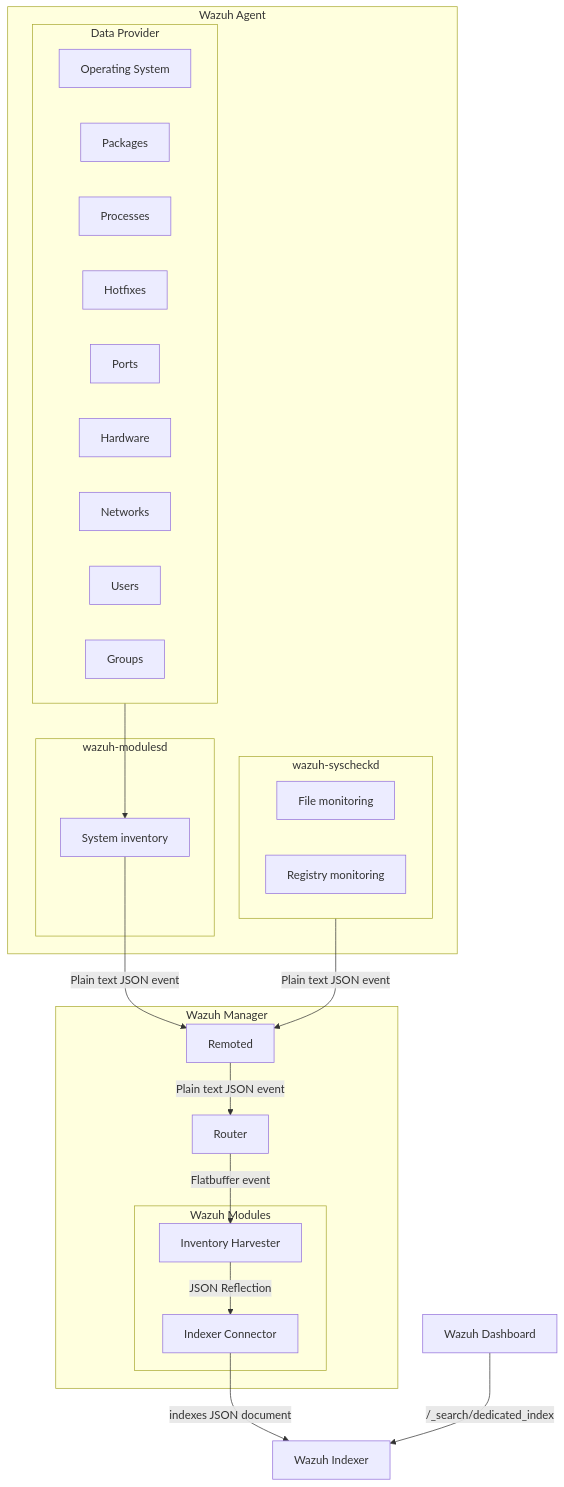
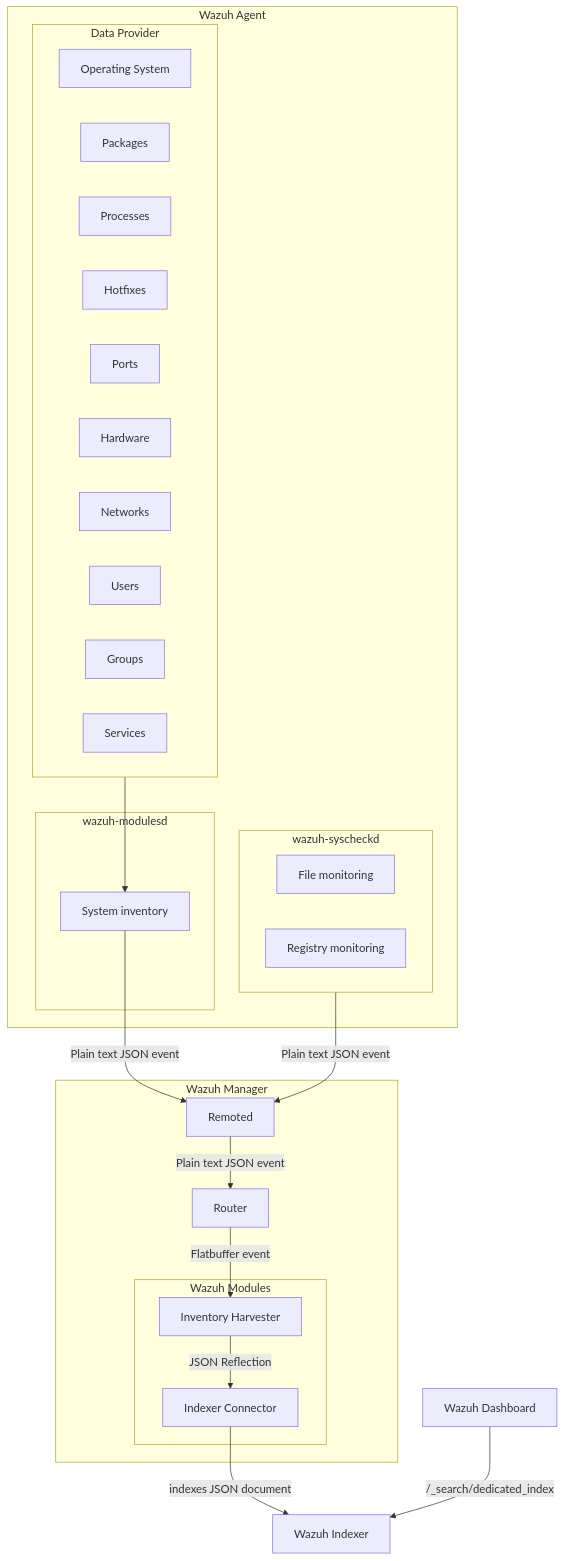
Before and after one commit to wazuh/wazuh: the diagram in docs/ref/modules/inventory-harvester/architecture.md, drawn with Mermaid. The commit also changed 18 other files, not shown here.

````diff
--- a/docs/ref/modules/inventory-harvester/architecture.md
+++ b/docs/ref/modules/inventory-harvester/architecture.md
@@ -42,41 +42,42 @@
 ```mermaid
 flowchart TD
 
 subgraph WazuhManager["Wazuh Manager"]
   Remoted["Remoted"]
   subgraph WazuhModulesM["Wazuh Modules"]
     InventoryHarvester["Inventory Harvester"]
     IndexerConnector["Indexer Connector"]
     InventoryHarvester -- "JSON Reflection" --> IndexerConnector
   end
   Remoted -- "Plain text JSON event" --> Router
   Router -- "Flatbuffer event" --> InventoryHarvester
 end
 IndexerConnector -- indexes JSON document --> WazuhIndexer
 subgraph WazuhAgent["Wazuh Agent"]
   subgraph Providers["Data Provider"]
     OS["Operating System"]
     Packages["Packages"]
     Processes["Processes"]
     Hotfixes["Hotfixes"]
     Ports["Ports"]
     Hardware["Hardware"]
     Network["Networks"]
     Users["Users"]
     Groups["Groups"]
+    Services["Services"]
   end
   subgraph WazuhModulesA["wazuh-modulesd"]
     SystemInventory["System inventory"]
   end
   subgraph Syscheckd["wazuh-syscheckd"]
     FileM["File monitoring"]
     RegistryM["Registry monitoring"]
   end
   Syscheckd -- "Plain text JSON event" --> Remoted
   SystemInventory -- "Plain text JSON event" --> Remoted
 end
 Providers --> SystemInventory
 WazuhIndexer["Wazuh Indexer"]
 WazuhDashboard["Wazuh Dashboard"]
 WazuhDashboard -- /_search/dedicated_index --> WazuhIndexer
 ```
````
